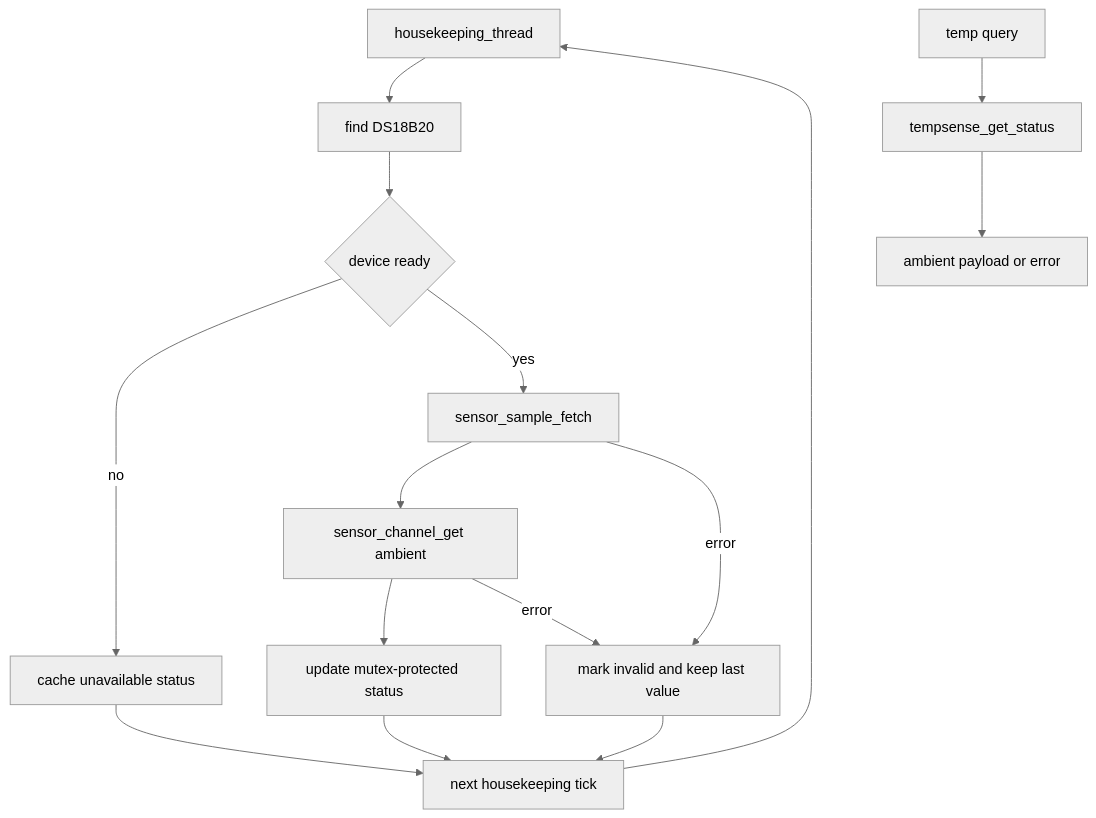
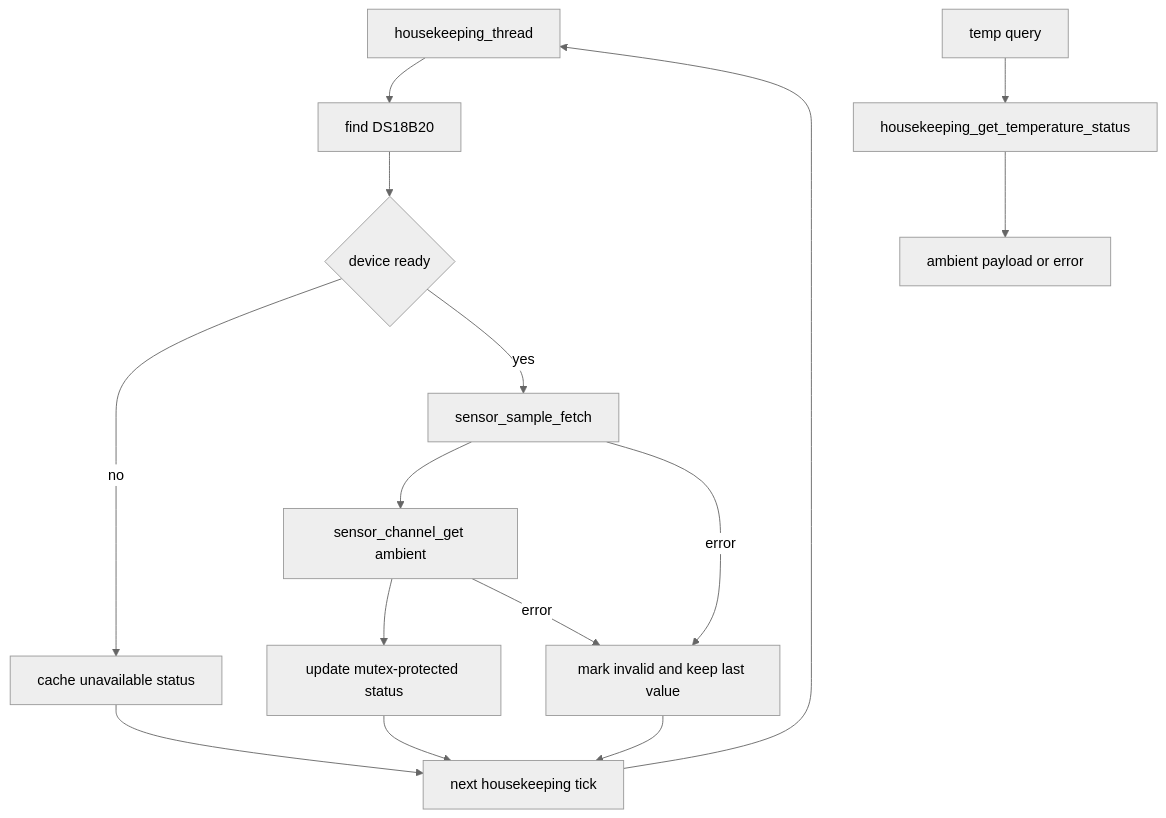
Before and after one commit to COO-Utilities/hispec-tib: diagram 16 of 22 in doc/diagrams.md, drawn with Mermaid (neutral theme). The commit also changed 7 other files, not shown here.

Commit message:
Fold temperature status into housekeeping

````diff
--- a/doc/diagrams.md
+++ b/doc/diagrams.md
@@ -317,17 +317,17 @@
 ```mermaid
 flowchart TD
   Thread[housekeeping_thread] --> Find[find DS18B20]
   Find --> Ready{device ready}
   Ready -- no --> InitErr[cache unavailable status]
   InitErr --> Wait[next housekeeping tick]
   Ready -- yes --> Fetch[sensor_sample_fetch]
   Fetch --> SensorGet[sensor_channel_get ambient]
   SensorGet --> Cache[update mutex-protected status]
   SensorGet -- error --> CacheErr[mark invalid and keep last value]
   Fetch -- error --> CacheErr
   Cache --> Wait
   CacheErr --> Wait
   Wait --> Thread
-  Command[temp query] --> Read[tempsense_get_status]
+  Command[temp query] --> Read[housekeeping_get_temperature_status]
   Read --> Response[ambient payload or error]
 ```
````
